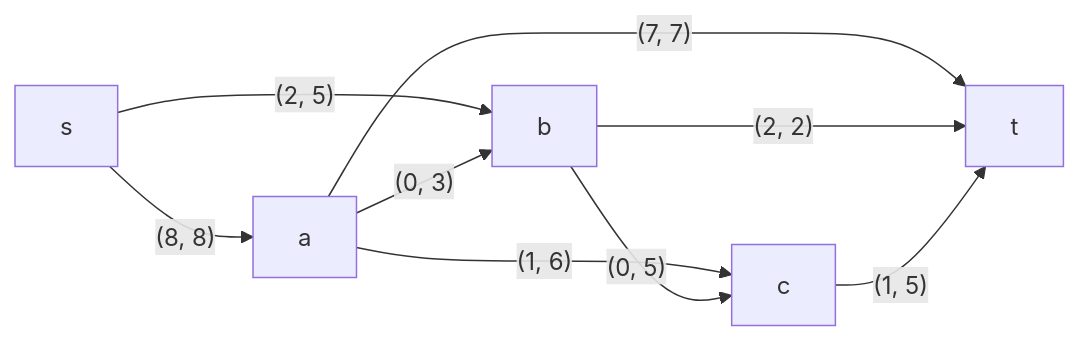
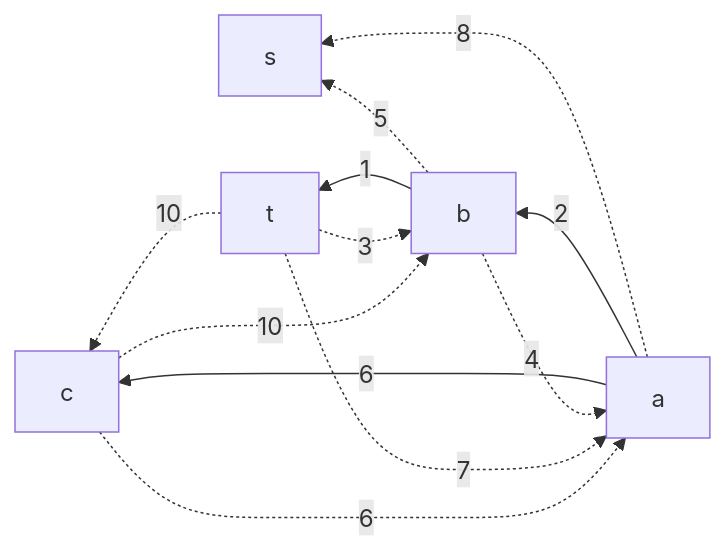
One commit to hse-algo-24-crow/manual-tasks-crow changed the fifth of 7 diagrams in task-9/goidaz.md. Above: the diagram before and after it, drawn with Mermaid. The commit also changed other lines of this file, not shown here.

````diff
--- a/task-9/goidaz.md
+++ b/task-9/goidaz.md
@@ -131,11 +175,15 @@
-```mermaid
-graph LR
-s -- "(8, 8)" --> a
-s -- "(2, 5)" --> b
-a -- "(0, 3)" --> b
-a -- "(1, 6)" --> c
-a -- "(7, 7)" --> t
-b -- "(0, 5)" --> c
-b -- "(2, 2)" --> t
-c -- "(1, 5)" --> t
-```
+~~~mermaid
+
+graph RL
+    a-.->|8|s
+    b-.->|5|s
+    t-.->|7|a
+    a-->|2|b
+    b-.->|4|a
+    a-->|6|c
+    c-.->|6|a
+    c-.->|10|b
+    b-->|1|t
+    t-.->|3|b
+    t-.->|10|c
+~~~
````
